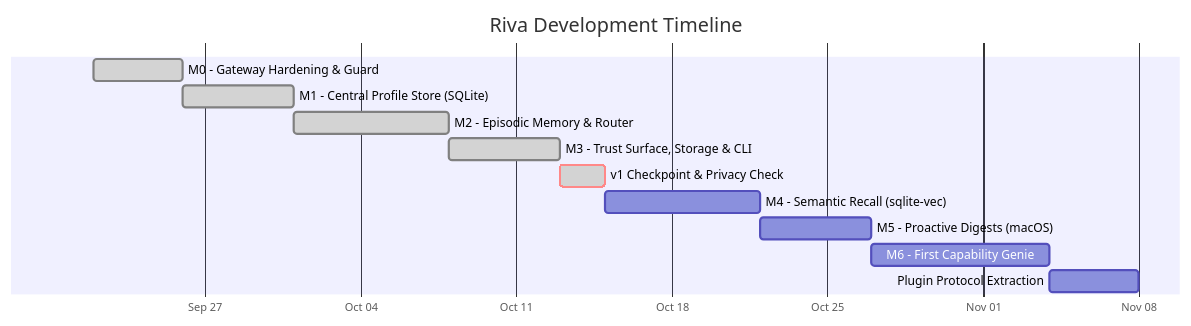
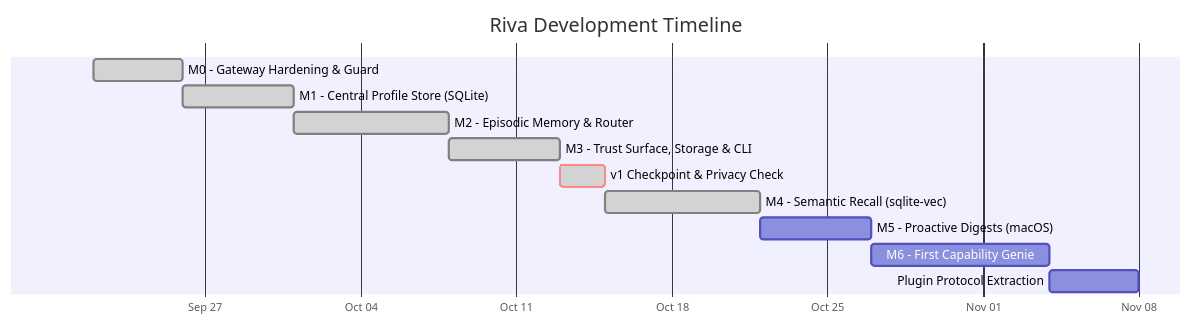
Before and after one commit to anirban-1009/riva: the diagram in docs/product/development-timeline.md, drawn with Mermaid. The commit also changed other lines of this file, not shown here.

Commit message:
docs: mark M4 semantic recall milestone as completed in development timeline

````diff
--- a/docs/product/development-timeline.md
+++ b/docs/product/development-timeline.md
@@ -11,16 +11,16 @@
 ```mermaid
 gantt
   title Riva Development Timeline
   dateFormat  YYYY-MM-DD
   axisFormat  %b %d
 
   M0 - Gateway Hardening & Guard              :done, m0, 2026-09-22, 4d
   M1 - Central Profile Store (SQLite)         :done, m1, after m0, 5d
   M2 - Episodic Memory & Router               :done, m2, after m1, 7d
   M3 - Trust Surface, Storage & CLI           :done, m3, after m2, 5d
   v1 Checkpoint & Privacy Check               :done, crit, v1_done, after m3, 2d
-  M4 - Semantic Recall (sqlite-vec)           :m4, after v1_done, 7d
+  M4 - Semantic Recall (sqlite-vec)           :done, m4, after v1_done, 7d
   M5 - Proactive Digests (macOS)              :m5, after m4, 5d
   M6 - First Capability Genie                 :m6, after m5, 8d
   Plugin Protocol Extraction                  :m6_proto, after m6, 4d
 ```
````
